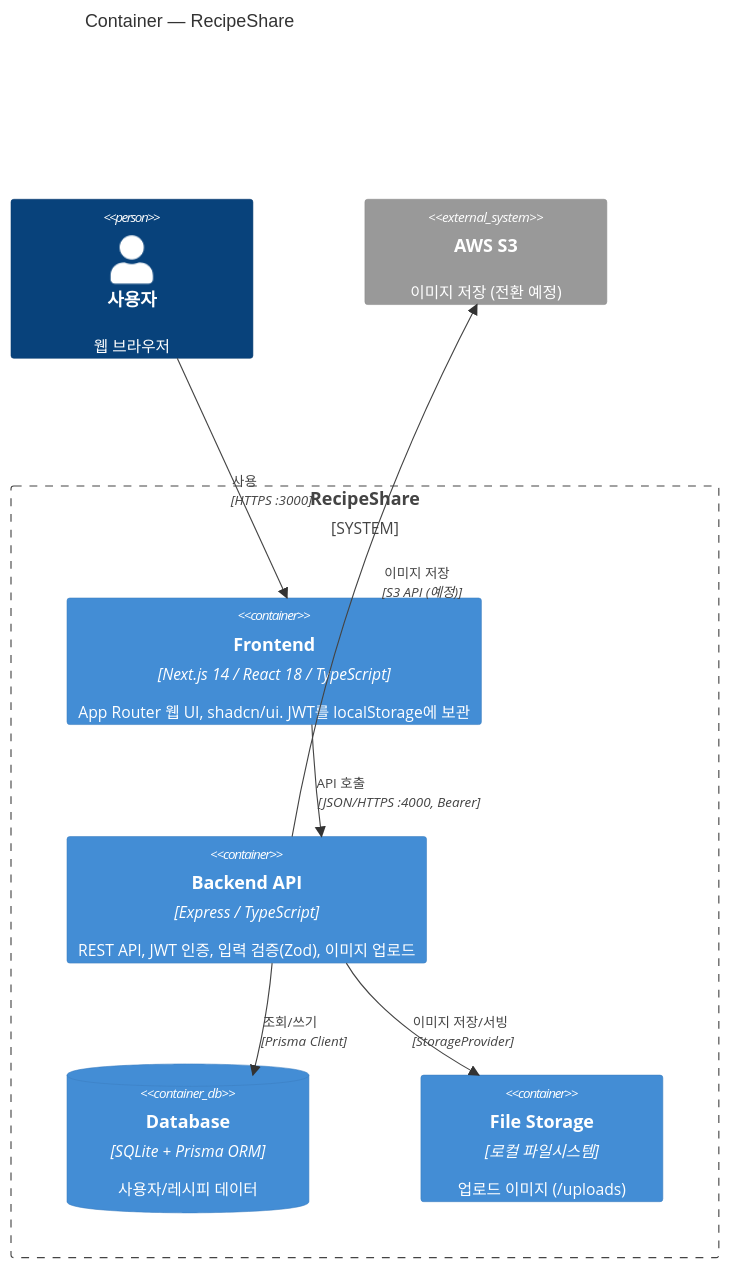
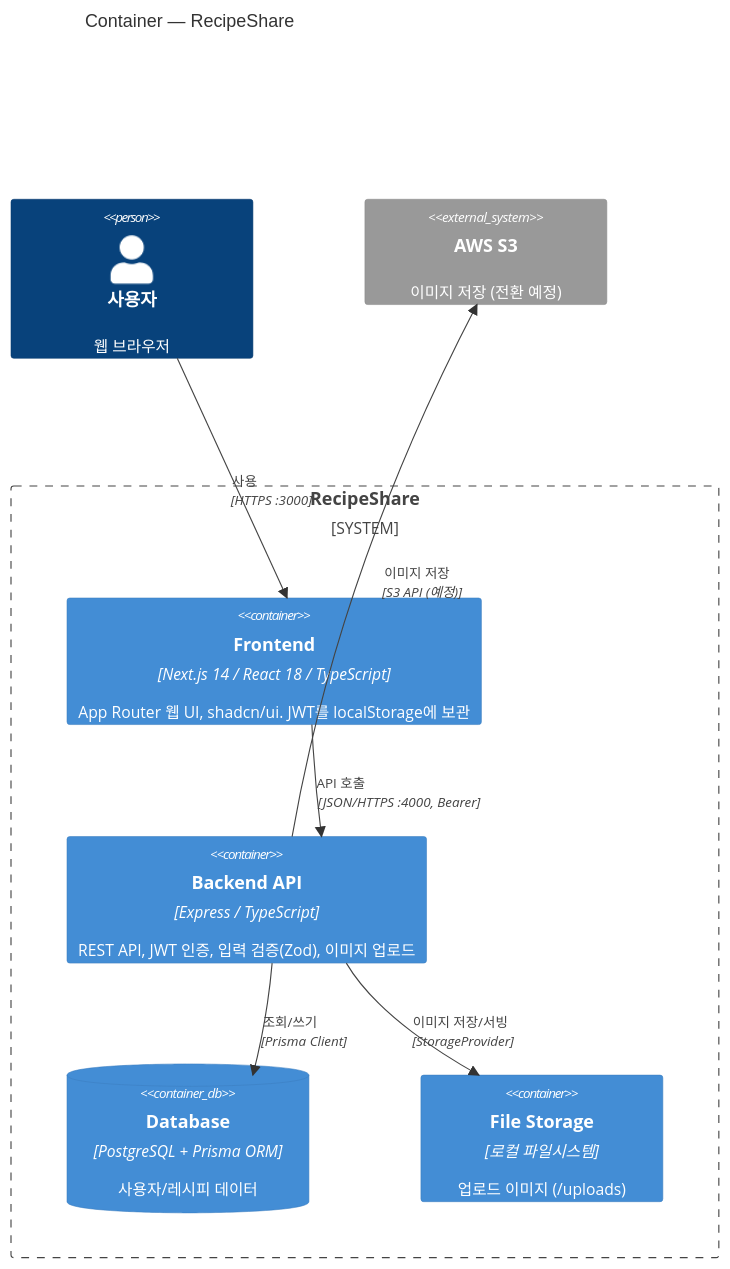
Before and after one commit to woodruff2k/recipe: the second of 4 diagrams in docs/C4-ARCHITECTURE.md, drawn with Mermaid. The commit also changed other lines of this file and 9 other files, not shown here.

First line of the commit message:
docs: add Architecture Decision Records (ADR)

````diff
--- a/docs/C4-ARCHITECTURE.md
+++ b/docs/C4-ARCHITECTURE.md
@@ -43,21 +43,21 @@
 ```mermaid
 C4Container
     title Container — RecipeShare
 
     Person(user, "사용자", "웹 브라우저")
 
     System_Boundary(sys, "RecipeShare") {
         Container(spa, "Frontend", "Next.js 14 / React 18 / TypeScript", "App Router 웹 UI, shadcn/ui. JWT를 localStorage에 보관")
         Container(api, "Backend API", "Express / TypeScript", "REST API, JWT 인증, 입력 검증(Zod), 이미지 업로드")
-        ContainerDb(db, "Database", "SQLite + Prisma ORM", "사용자/레시피 데이터")
+        ContainerDb(db, "Database", "PostgreSQL + Prisma ORM", "사용자/레시피 데이터")
         Container(fs, "File Storage", "로컬 파일시스템", "업로드 이미지 (/uploads)")
     }
 
     System_Ext(s3, "AWS S3", "이미지 저장 (전환 예정)")
 
     Rel(user, spa, "사용", "HTTPS :3000")
     Rel(spa, api, "API 호출", "JSON/HTTPS :4000, Bearer")
     Rel(api, db, "조회/쓰기", "Prisma Client")
     Rel(api, fs, "이미지 저장/서빙", "StorageProvider")
     Rel(api, s3, "이미지 저장", "S3 API (예정)")
 ```
````
